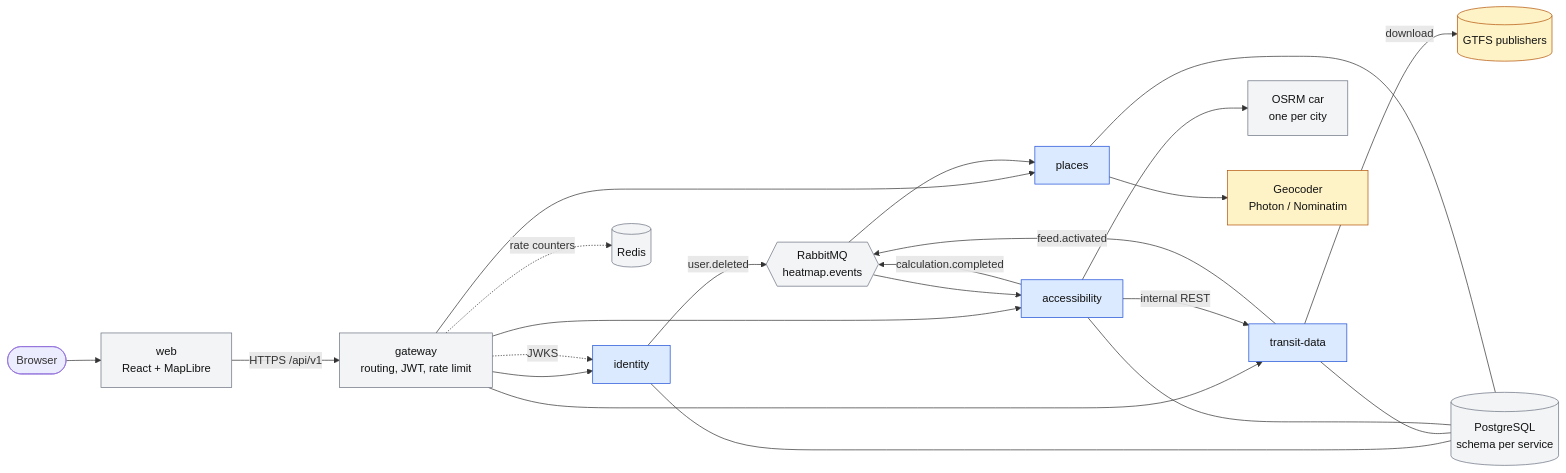
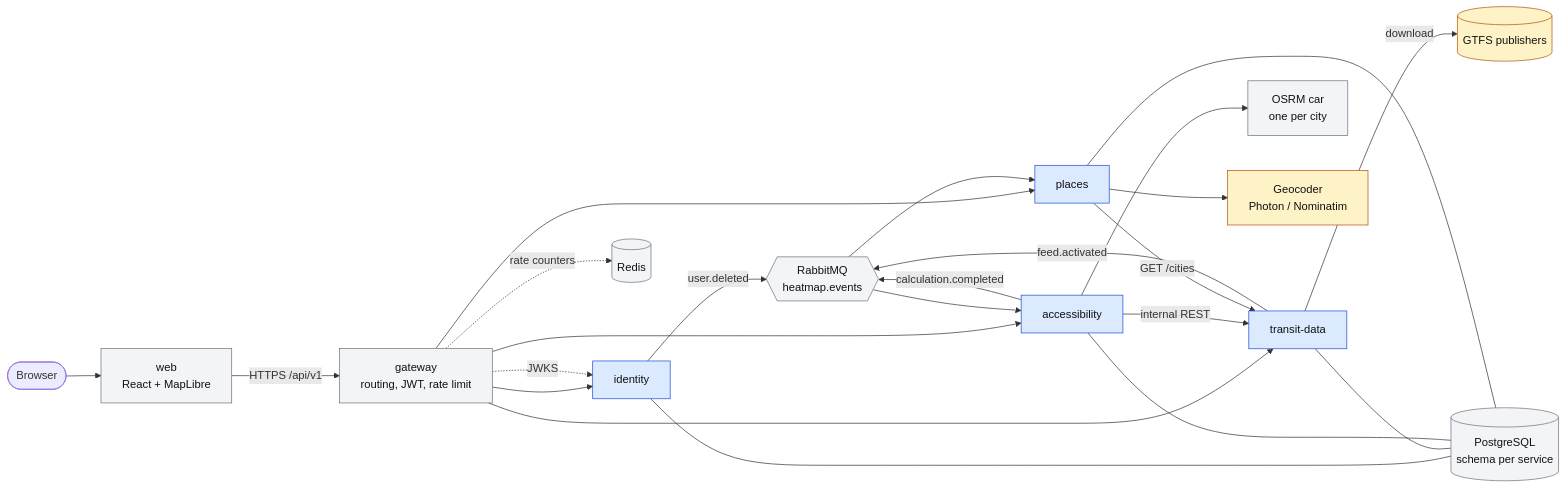
Before and after one commit to rsstan/dasiah: the first of 4 diagrams in docs/02-architecture.md, drawn with Mermaid. The commit also changed other lines of this file and 24 other files, not shown here.

````diff
--- a/docs/02-architecture.md
+++ b/docs/02-architecture.md
@@ -39,34 +40,35 @@
 ```mermaid
 flowchart LR
   user([Browser]) --> web[web<br/>React + MapLibre]
   web -->|HTTPS /api/v1| gw[gateway<br/>routing, JWT, rate limit]
   gw --> idn[identity]
   gw --> trn[transit-data]
   gw --> acc[accessibility]
   gw --> plc[places]
   gw -.rate counters.-> redis[(Redis)]
   gw -.JWKS.-> idn
 
   acc -->|internal REST| trn
   acc --> osrm[OSRM car<br/>one per city]
   plc --> geo[Geocoder<br/>Photon / Nominatim]
+  plc -->|GET /cities| trn
   trn -->|download| gtfs[(GTFS publishers)]
 
   idn --- pg[(PostgreSQL<br/>schema per service)]
   trn --- pg
   acc --- pg
   plc --- pg
 
   idn -- user.deleted --> mq{{RabbitMQ<br/>heatmap.events}}
   trn -- feed.activated --> mq
   acc -- calculation.completed --> mq
   mq --> acc
   mq --> plc
 
   classDef biz fill:#dbeafe,stroke:#1d4ed8,color:#111;
   classDef infra fill:#f3f4f6,stroke:#6b7280,color:#111;
   classDef ext fill:#fef3c7,stroke:#b45309,color:#111;
   class idn,trn,acc,plc biz
   class gw,web,pg,mq,redis,osrm infra
   class geo,gtfs ext
 ```
````
